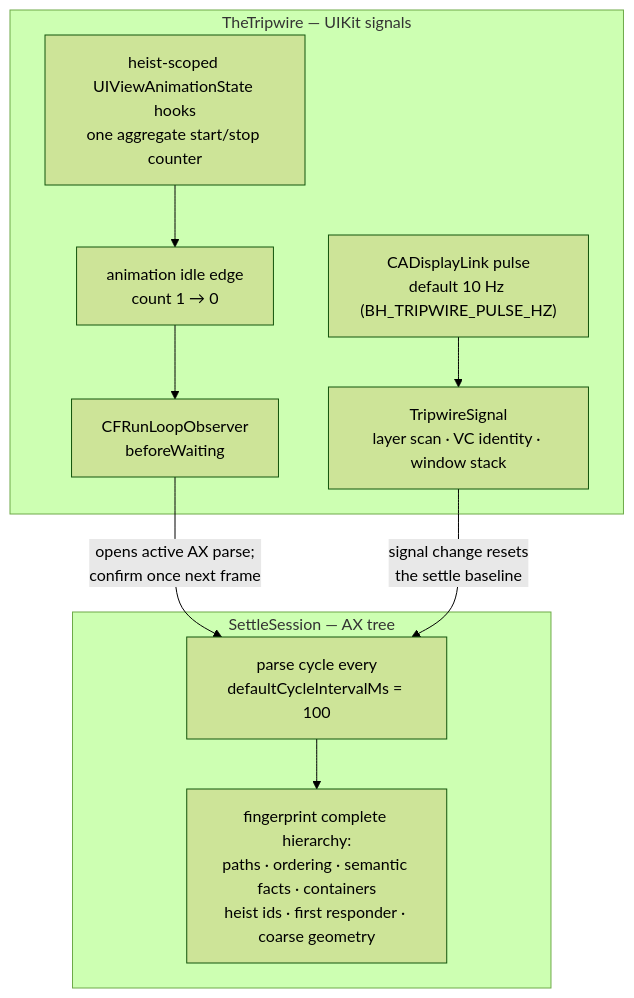
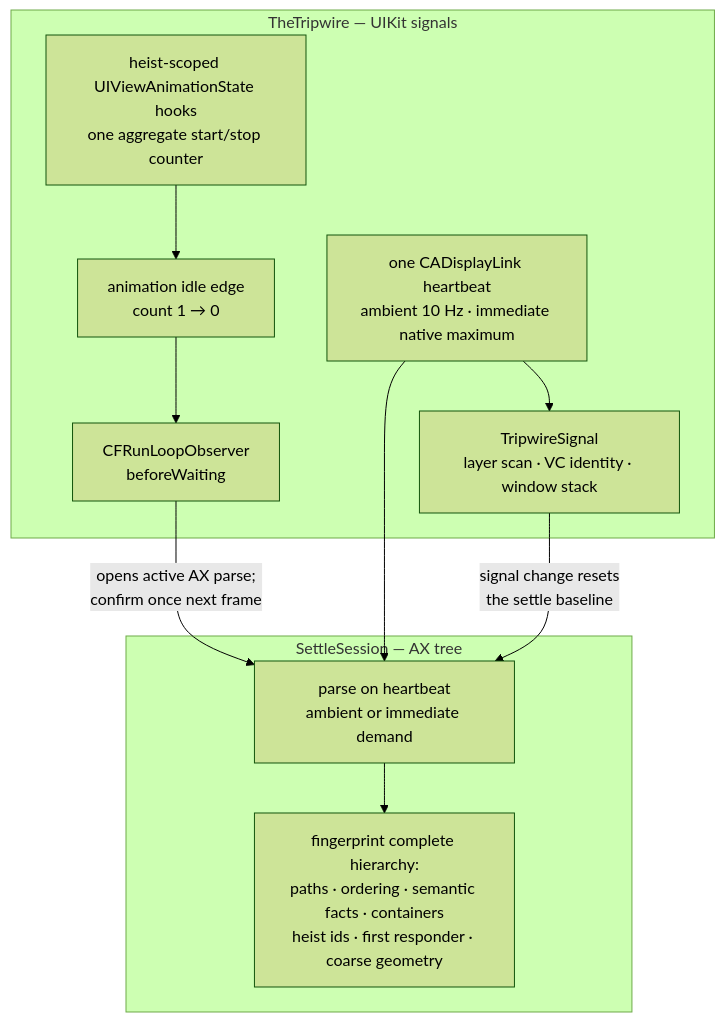
The second of 2 diagrams in docs/diagrams/settle-loop.md (RoyalPineapple/TheButtonHeist), drawn with Mermaid (forest theme) before and after one commit. The commit also changed other lines of this file and 25 other files, not shown here.

````diff
--- a/docs/diagrams/settle-loop.md
+++ b/docs/diagrams/settle-loop.md
@@ -48,19 +51,20 @@
 ```mermaid
 flowchart TD
     subgraph tripwire["TheTripwire — UIKit signals"]
         ANIMATION["heist-scoped UIViewAnimationState hooks<br/>one aggregate start/stop counter"]
         ANIMATION_IDLE["animation idle edge<br/>count 1 → 0"]
         RUN_LOOP_IDLE["CFRunLoopObserver<br/>beforeWaiting"]
-        PULSE["CADisplayLink pulse<br/>default 10 Hz (BH_TRIPWIRE_PULSE_HZ)"]
+        PULSE["one CADisplayLink heartbeat<br/>ambient 10 Hz · immediate native maximum"]
         SIGNAL["TripwireSignal<br/>layer scan · VC identity · window stack"]
         ANIMATION --> ANIMATION_IDLE --> RUN_LOOP_IDLE
         PULSE --> SIGNAL
     end
     subgraph settle["SettleSession — AX tree"]
-        PARSE["parse cycle every<br/>defaultCycleIntervalMs = 100"]
+        PARSE["parse on heartbeat<br/>ambient or immediate demand"]
         FP["fingerprint complete hierarchy:<br/>paths · ordering · semantic facts · containers<br/>heist ids · first responder · coarse geometry"]
         PARSE --> FP
     end
     RUN_LOOP_IDLE -- "opens active AX parse;<br/>confirm once next frame" --> PARSE
+    PULSE --> PARSE
     SIGNAL -- "signal change resets<br/>the settle baseline" --> PARSE
 ```
````
